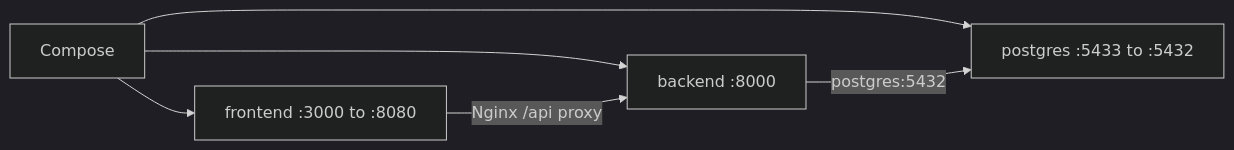
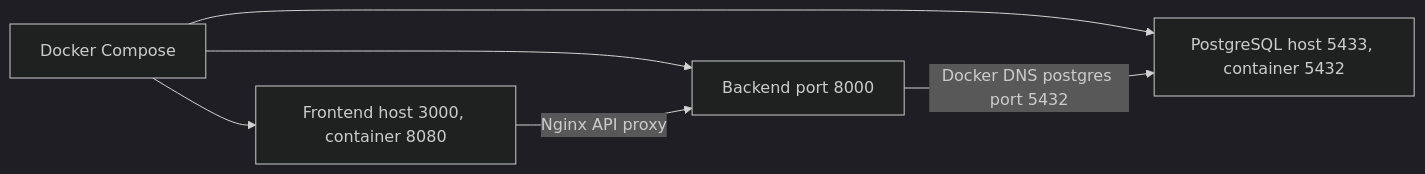
One commit to Aana-1025/incidentops-devops-capstone changed the third of 3 diagrams in ARCHITECTURE.md. Above: the diagram before and after it, drawn with Mermaid (dark theme). The commit also changed other lines of this file and 4 other files, not shown here.

Commit message:
feat(gitops): add Argo CD local deployment flow

````diff
--- a/ARCHITECTURE.md
+++ b/ARCHITECTURE.md
@@ -100,8 +104,8 @@
 ```mermaid
 flowchart LR
-    Compose --> FE[frontend :3000 to :8080]
-    Compose --> BE[backend :8000]
-    Compose --> PG[postgres :5433 to :5432]
-    FE -->|Nginx /api proxy| BE
-    BE -->|postgres:5432| PG
+    Compose["Docker Compose"] --> FE["Frontend host 3000, container 8080"]
+    Compose --> BE["Backend port 8000"]
+    Compose --> PG["PostgreSQL host 5433, container 5432"]
+    FE -->|"Nginx API proxy"| BE
+    BE -->|"Docker DNS postgres port 5432"| PG
 ```
````
